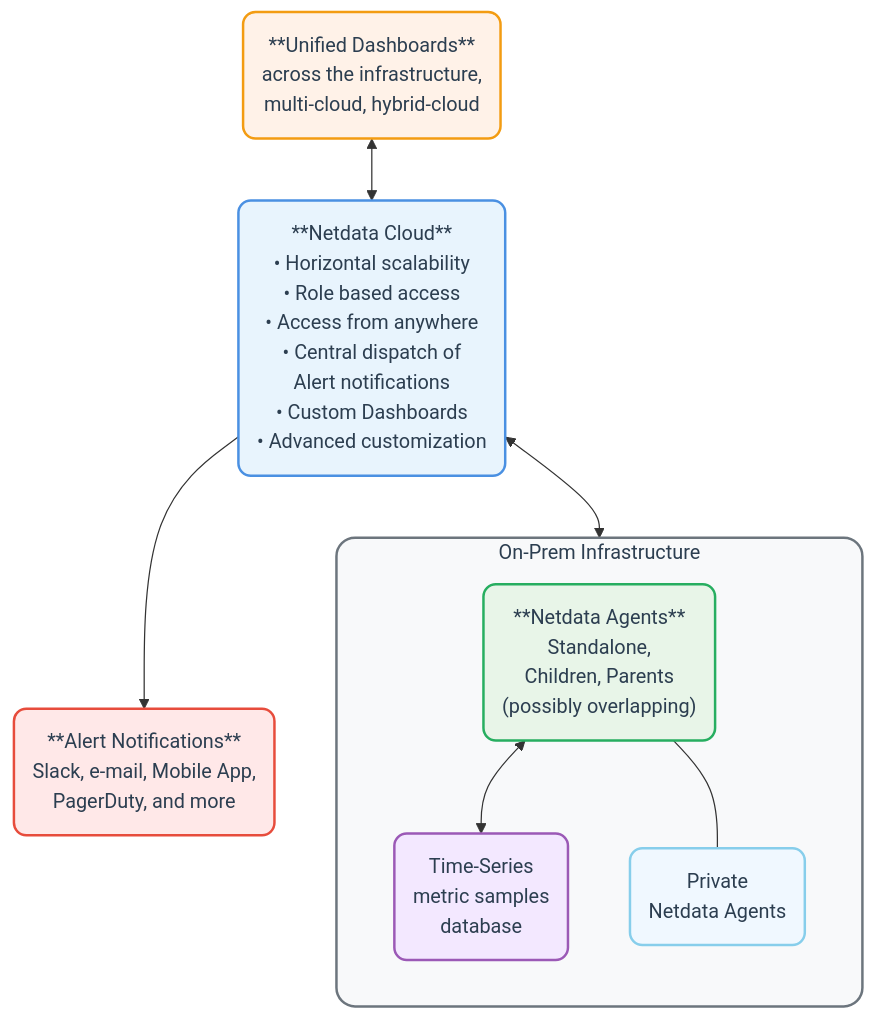
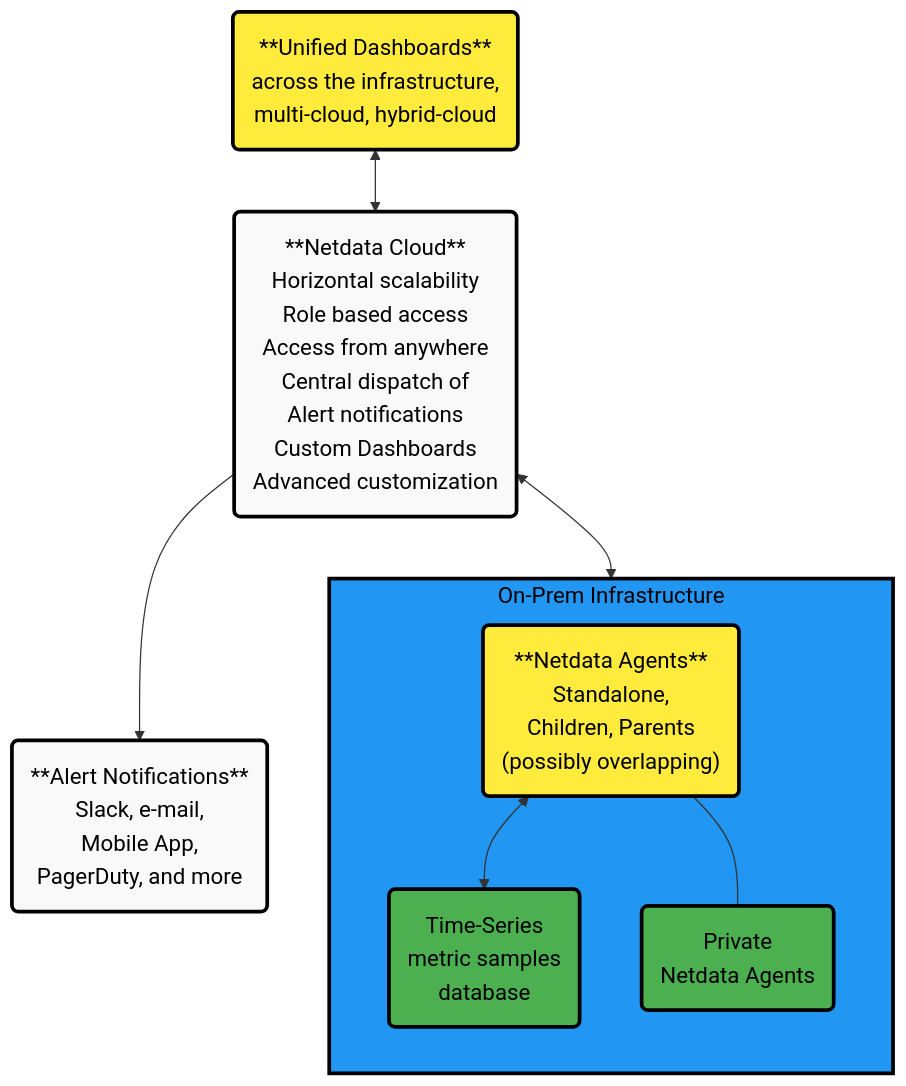
The diagram in docs/netdata-cloud/README.md (netdata/netdata), drawn with Mermaid before and after one commit. The commit also changed 21 other files, not shown here.

Commit message:
Fix Mermaid diagrams across multiple files

````diff
--- a/docs/netdata-cloud/README.md
+++ b/docs/netdata-cloud/README.md
@@ -19,65 +19,37 @@
 ```mermaid
 flowchart TB
-   NC[NC]
-   Users[Users]
-   Notifications[Notifications]
+   NC("**Netdata Cloud**<br/>Horizontal scalability<br/>Role based access<br/>Access from anywhere<br/>Central dispatch of<br/>Alert notifications<br/>Custom Dashboards<br/>Advanced customization")
 
-   NC("**Netdata Cloud**
-• Horizontal scalability
-• Role based access
-• Access from anywhere
-• Central dispatch of<br/>Alert notifications
-• Custom Dashboards
-• Advanced customization")
+Users("**Unified Dashboards**<br/>across the infrastructure,<br/>multi-cloud, hybrid-cloud")
 
-Users("**Unified Dashboards**
-across the infrastructure,
-multi-cloud, hybrid-cloud")
-
-Notifications("**Alert Notifications**
-Slack, e-mail, Mobile App,
-PagerDuty, and more")
+Notifications("**Alert Notifications**<br/>Slack, e-mail,<br/> Mobile App,<br/>PagerDuty, and more")
 
 Users <--> NC
 NC --> Notifications
 
 subgraph infrastructure["On-Prem Infrastructure"]
 direction TB
-Agents[Agents]
-TimeSeries[TimeSeries]
-PrivateAgents[PrivateAgents]
+Agents("**Netdata Agents**<br/>Standalone,<br/>Children, Parents<br/>(possibly overlapping)")
 
-Agents("**Netdata Agents**
-Standalone,
-Children, Parents
-(possibly overlapping)")
+TimeSeries("Time-Series<br/>metric samples<br/>database")
 
-TimeSeries("Time-Series
-metric samples
-database")
-
-PrivateAgents("Private
-Netdata Agents")
+PrivateAgents("Private<br/>Netdata Agents")
 
 Agents <--> TimeSeries
 Agents --- PrivateAgents
 end
 
 NC <--> Agents
 
-classDef cloud fill: #e8f4fd, stroke: #4a90e2, stroke-width: 2px, color: #2c3e50, rx: 10, ry: 10
-classDef users fill: #fff2e8, stroke: #f39c12, stroke-width: 2px, color: #2c3e50, rx: 10, ry: 10
-classDef notifications fill: #ffe8e8, stroke: #e74c3c, stroke-width: 2px, color: #2c3e50, rx: 10, ry: 10
-classDef agents fill: #e8f5e8, stroke: #27ae60, stroke-width: 2px, color: #2c3e50, rx: 10, ry: 10
-classDef timeseries fill: #f3e8ff, stroke: #9b59b6, stroke-width: 2px, color: #2c3e50, rx: 10, ry: 10
-classDef private fill: #f0f8ff, stroke: #87ceeb, stroke-width: 2px, color: #2c3e50, rx: 10, ry: 10
-classDef subgraphStyle fill: #f8f9fa, stroke: #6c757d, stroke-width: 2px, color: #2c3e50, rx: 15, ry: 15
+%% Style definitions
+classDef alert fill:#ffeb3b,stroke:#000000,stroke-width:3px,color:#000000,font-size:18px
+classDef neutral fill:#f9f9f9,stroke:#000000,stroke-width:3px,color:#000000,font-size:18px
+classDef complete fill:#4caf50,stroke:#000000,stroke-width:3px,color:#000000,font-size:18px
+classDef database fill:#2196F3,stroke:#000000,stroke-width:3px,color:#000000,font-size:18px
 
-class NC cloud
-class Users users
-class Notifications notifications
-class Agents agents
-class TimeSeries timeseries
-class PrivateAgents private
-class infrastructure subgraphStyle
+%% Apply styles
+class Users,Agents alert
+class NC,Notifications neutral
+class TimeSeries,PrivateAgents complete
+class infrastructure database
 ```
````
